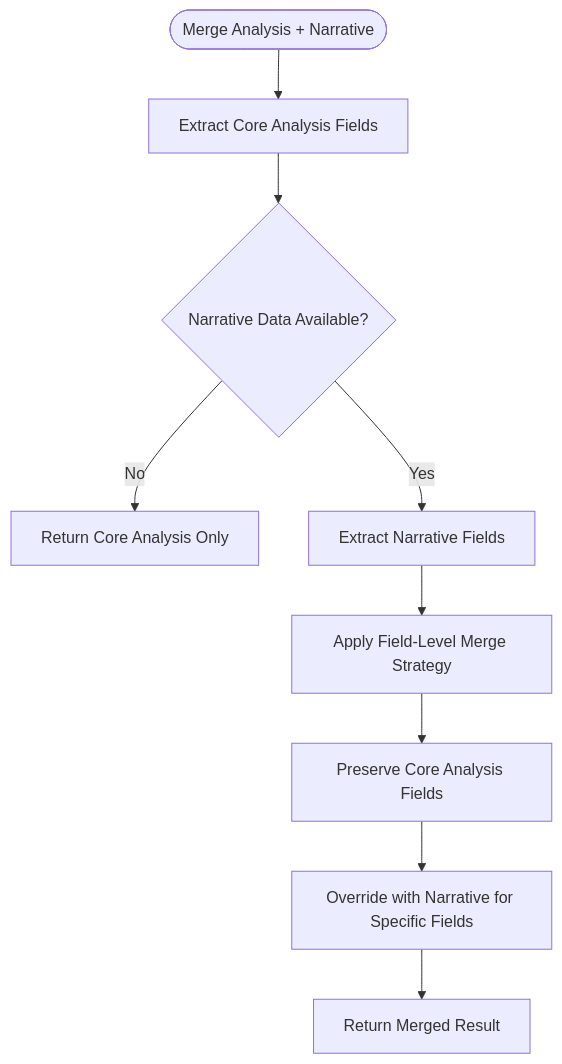
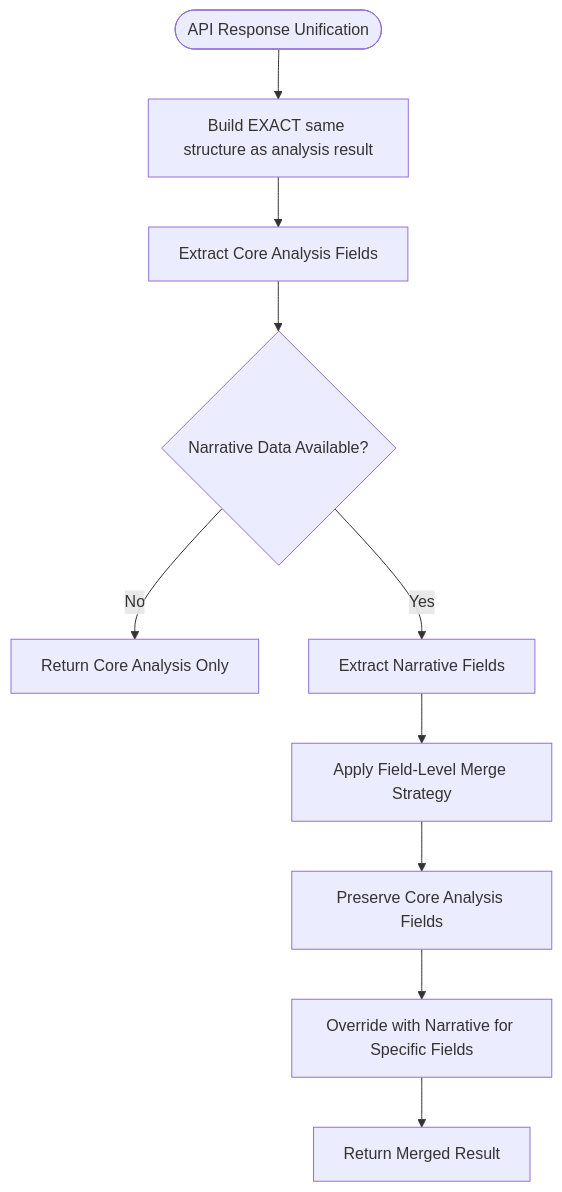
Before and after one commit to Revanththetalogics/aireume: the eighth of 12 diagrams in .qoder/repowiki/en/content/Candidate Management/Candidate Management.md, drawn with Mermaid. The commit also changed other lines of this file and 3 other files, not shown here.

Commit message:
fix: persist full analysis result on parsing stage to preserve candidate_profile and contact_info

````diff
--- a/.qoder/repowiki/en/content/Candidate Management/Candidate Management.md
+++ b/.qoder/repowiki/en/content/Candidate Management/Candidate Management.md
@@ -398,11 +402,12 @@
 ```mermaid
 flowchart TD
-StartMerge(["Merge Analysis + Narrative"]) --> CoreFields["Extract Core Analysis Fields"]
+StartMerge(["API Response Unification"]) --> UnifiedStructure["Build EXACT same structure as analysis result"]
+UnifiedStructure --> CoreFields["Extract Core Analysis Fields"]
 CoreFields --> CheckNarrative{"Narrative Data Available?"}
 CheckNarrative --> |No| ReturnCore["Return Core Analysis Only"]
 CheckNarrative --> |Yes| ExtractNarrative["Extract Narrative Fields"]
 ExtractNarrative --> MergeStrategy["Apply Field-Level Merge Strategy"]
 MergeStrategy --> PreserveCore["Preserve Core Analysis Fields"]
 PreserveCore --> OverrideNarrative["Override with Narrative for Specific Fields"]
 OverrideNarrative --> FinalResult["Return Merged Result"]
 ```
````
